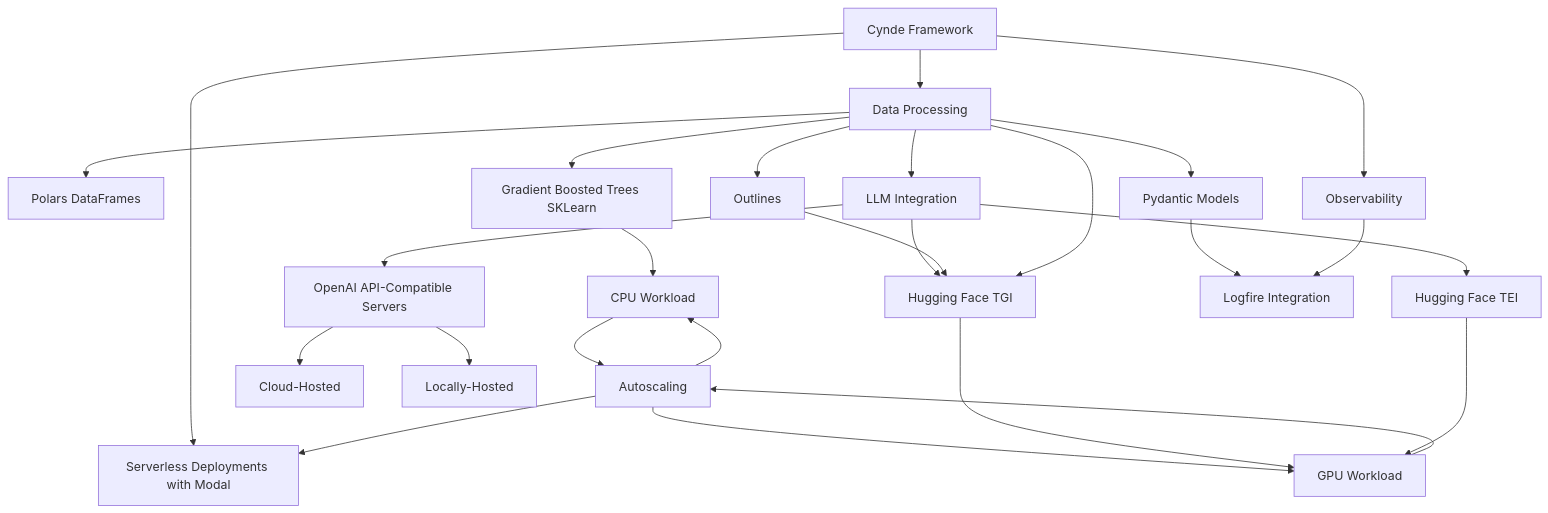
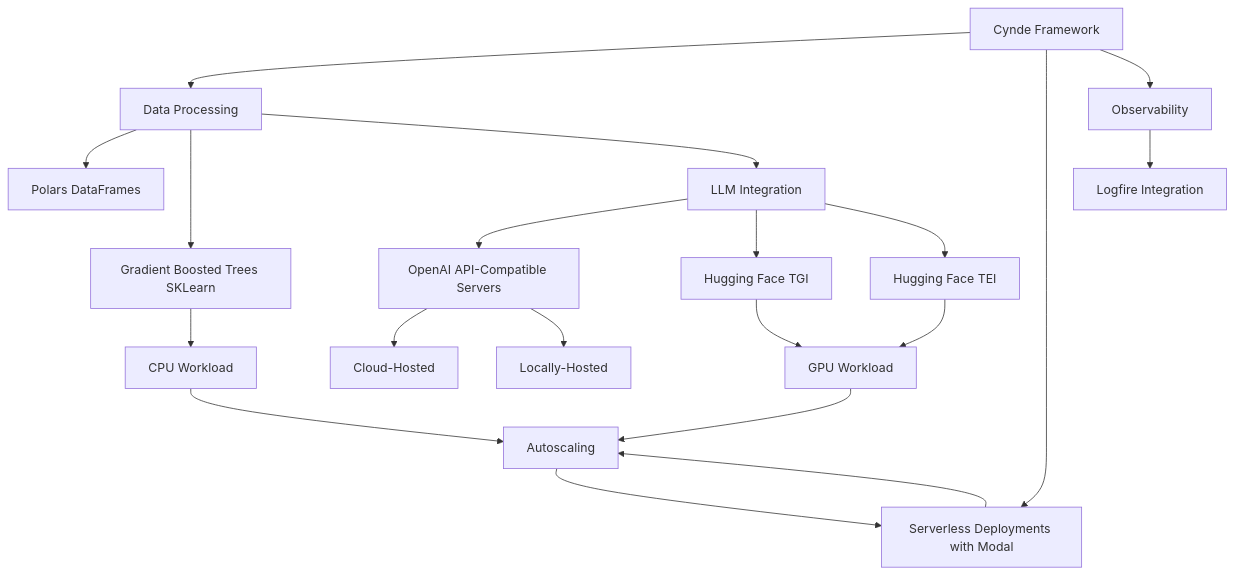
The diagram in drawings.md (Neural-Dragon-AI/Cynde), drawn with Mermaid before and after one commit.

````diff
--- a/drawings.md
+++ b/drawings.md
@@ -3,32 +3,27 @@
 ```mermaid
 graph TD
     A[Cynde Framework] --> B[Data Processing]
     B --> C[Polars DataFrames]
-    B --> D[Pydantic Models]
     B --> E[Gradient Boosted Trees SKLearn]
-    B --> Ot[Outlines]
     A --> P[Serverless Deployments with Modal]
 
     F[Autoscaling] --> P
+    P --> F
     G[CPU Workload] --> F
-    F --> G
     E --> G
     M[GPU Workload] --> F
-    F --> M
 
     B --> H[LLM Integration]
     H --> I[OpenAI API-Compatible Servers]
     I --> J[Cloud-Hosted]
     I --> K[Locally-Hosted]
     H --> N[Hugging Face TGI]
-    Ot --> N
-    B --> N
+  
     H --> O[Hugging Face TEI]
     N --> M
     O --> M
 
 
     A --> Y[Observability]
-    D --> Z[Logfire Integration]
-    Y --> Z
+    Y --> Z[Logfire Integration]
 ```
````
